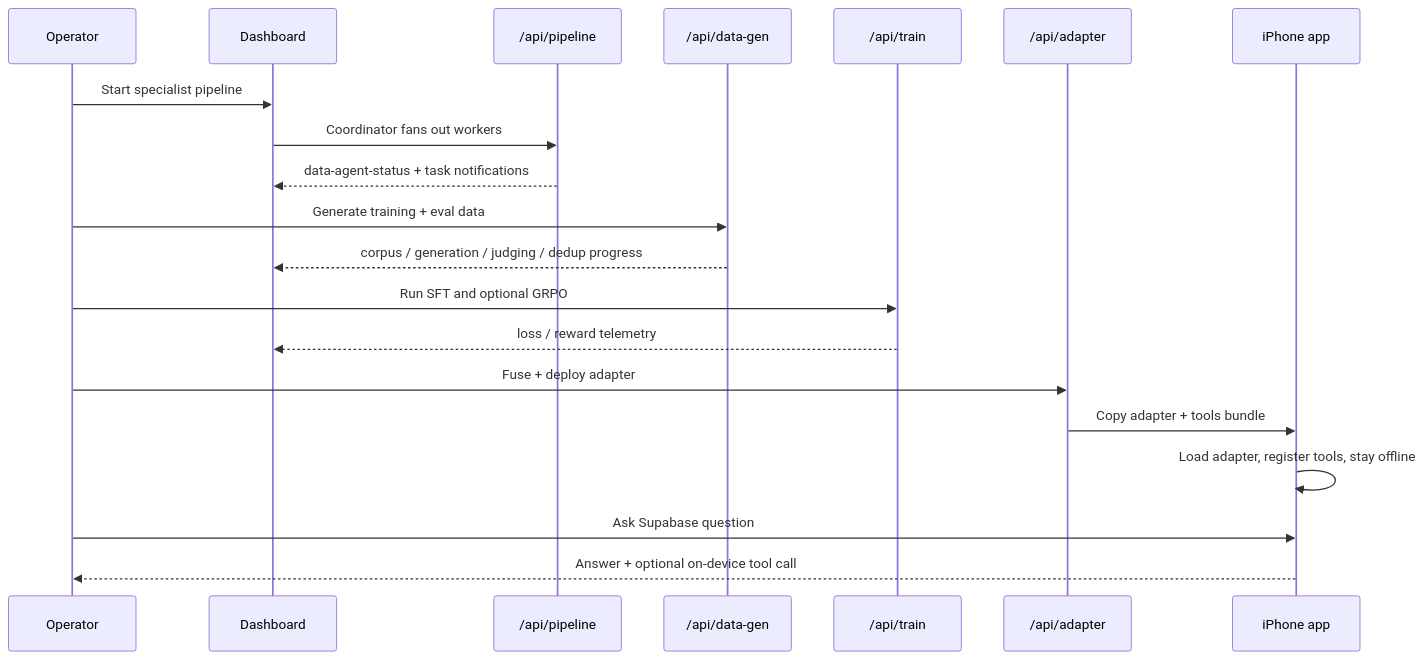
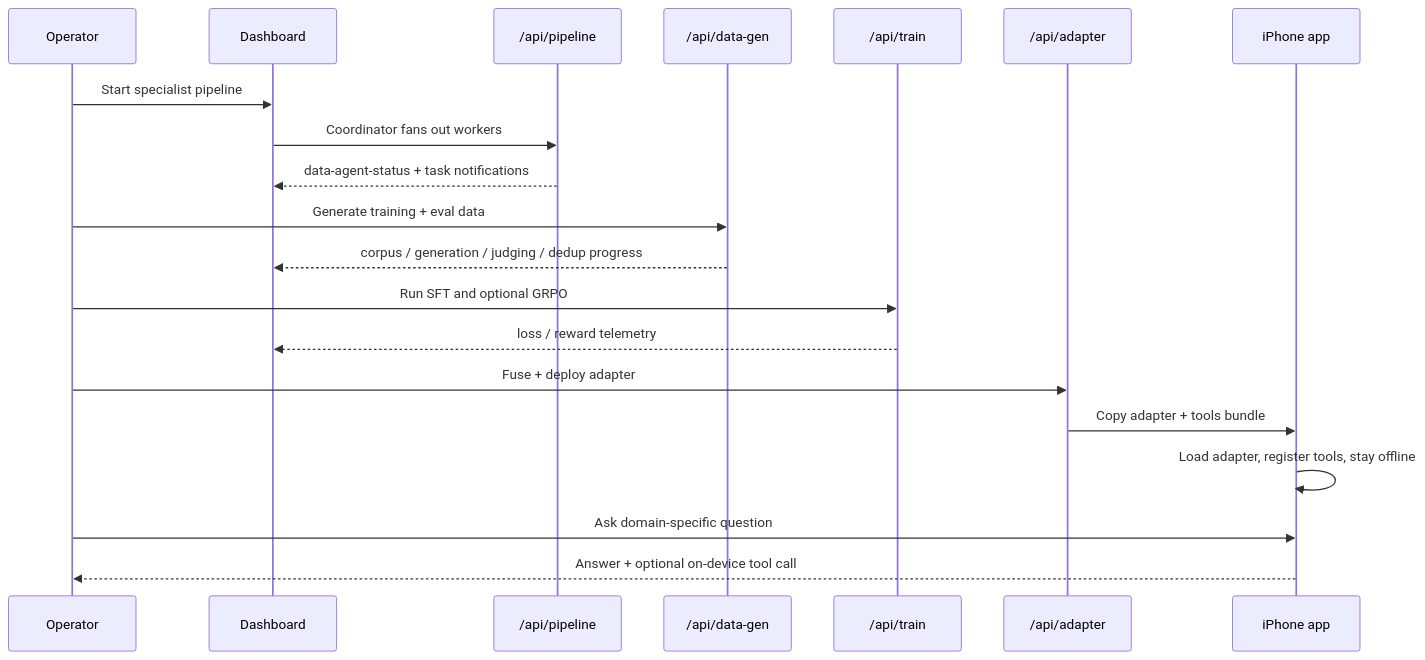
Before and after one commit to Julian-AT/codex-hackathon: the second of 3 diagrams in README.md, drawn with Mermaid. The commit also changed other lines of this file, not shown here.

````diff
--- a/README.md
+++ b/README.md
@@ -127,23 +129,23 @@
 ```mermaid
 sequenceDiagram
   participant OP as Operator
   participant UI as Dashboard
   participant P as /api/pipeline
   participant D as /api/data-gen
   participant T as /api/train
   participant A as /api/adapter
   participant I as iPhone app
 
   OP->>UI: Start specialist pipeline
   UI->>P: Coordinator fans out workers
   P-->>UI: data-agent-status + task notifications
   OP->>D: Generate training + eval data
   D-->>UI: corpus / generation / judging / dedup progress
   OP->>T: Run SFT and optional GRPO
   T-->>UI: loss / reward telemetry
   OP->>A: Fuse + deploy adapter
   A->>I: Copy adapter + tools bundle
   I->>I: Load adapter, register tools, stay offline
-  OP->>I: Ask Supabase question
+  OP->>I: Ask domain-specific question
   I-->>OP: Answer + optional on-device tool call
 ```
````
